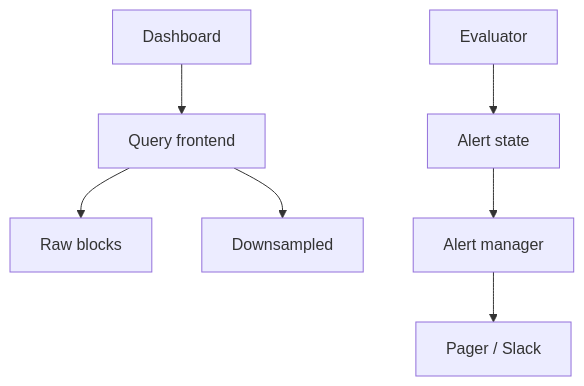
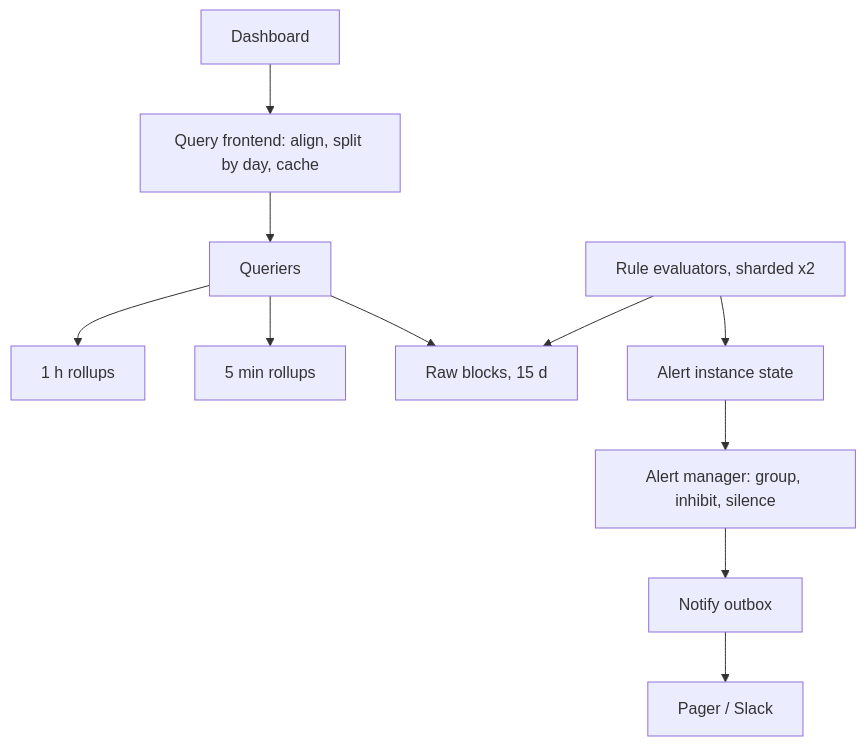
One commit to arunveersingh/faang-system-design-90-days changed the first of 2 diagrams in days/64-metrics-query-and-alerts.md. Above: the diagram before and after it, drawn with Mermaid. The commit also changed other lines of this file and 2 other files, not shown here.

Commit message:
Day 64: deepen metrics query and alerts below the attempt barrier (step math, day-split cache, rollups keep max, alert state machine, time-to-page worked numbers, dead-man's switch); add Day 64 social drafts

````diff
--- a/days/64-metrics-query-and-alerts.md
+++ b/days/64-metrics-query-and-alerts.md
@@ -94,9 +136,13 @@
 ```mermaid
 flowchart TB
-  ui[Dashboard] --> q[Query frontend]
-  q --> raw[Raw blocks]
-  q --> ds[Downsampled]
-  ev[Evaluator] --> state[Alert state]
-  state --> am[Alert manager]
-  am --> page[Pager / Slack]
+  ui[Dashboard] --> qf[Query frontend: align, split by day, cache]
+  qf --> q[Queriers]
+  q --> raw[Raw blocks, 15 d]
+  q --> r5[5 min rollups]
+  q --> r1h[1 h rollups]
+  ev[Rule evaluators, sharded x2] --> st[Alert instance state]
+  ev --> raw
+  st --> am[Alert manager: group, inhibit, silence]
+  am --> ob[Notify outbox]
+  ob --> page[Pager / Slack]
 ```
````
